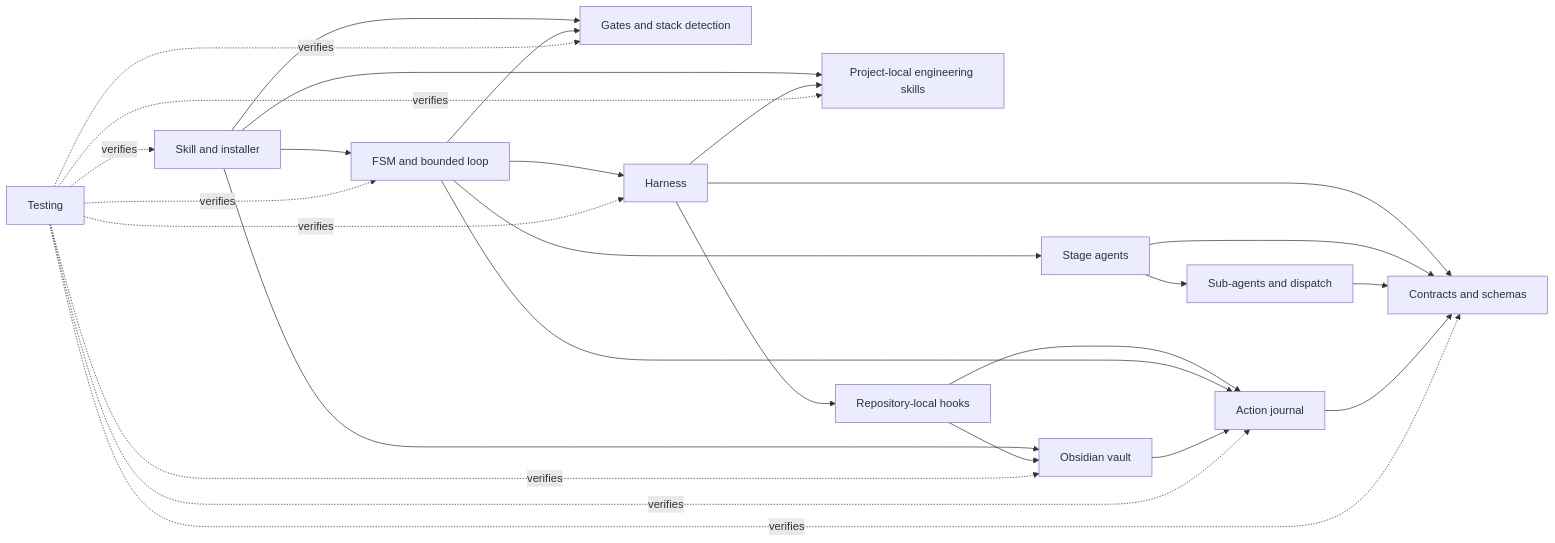
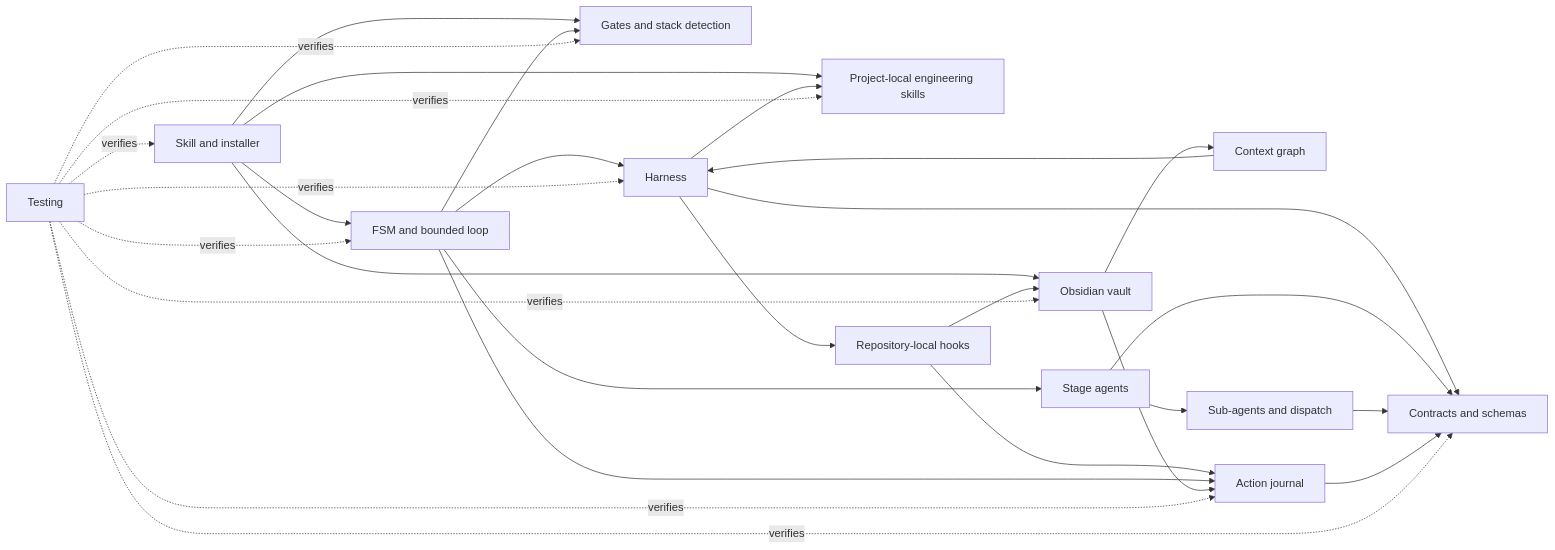
The diagram in docs/README.md (FelipeAngeli/hermes-sdd-orchestrator), drawn with Mermaid before and after one commit. The commit also changed other lines of this file and 15 other files, not shown here.

First line of the commit message:
feat(context-graph): query connected modules, rules, tests and decisions before acting

````diff
--- a/docs/README.md
+++ b/docs/README.md
@@ -37,22 +38,24 @@
 ```mermaid
 flowchart LR
     SK[Skill and installer] --> FSM[FSM and bounded loop]
     SK --> PS[Project-local engineering skills]
     SK --> G[Gates and stack detection]
     SK --> OB[Obsidian vault]
+    OB --> CG[Context graph]
+    CG --> H
     FSM --> H[Harness]
     H --> C
     H --> PS
     H --> HK[Repository-local hooks]
     HK --> J
     HK --> OB
     FSM --> J[Action journal]
     FSM --> A[Stage agents]
     FSM --> G
     A --> C[Contracts and schemas]
     A --> S[Sub-agents and dispatch]
     S --> C
     J --> C
     OB --> J
     T[Testing] -.verifies.-> FSM & H & J & C & G & OB & SK & PS
 ```
````
